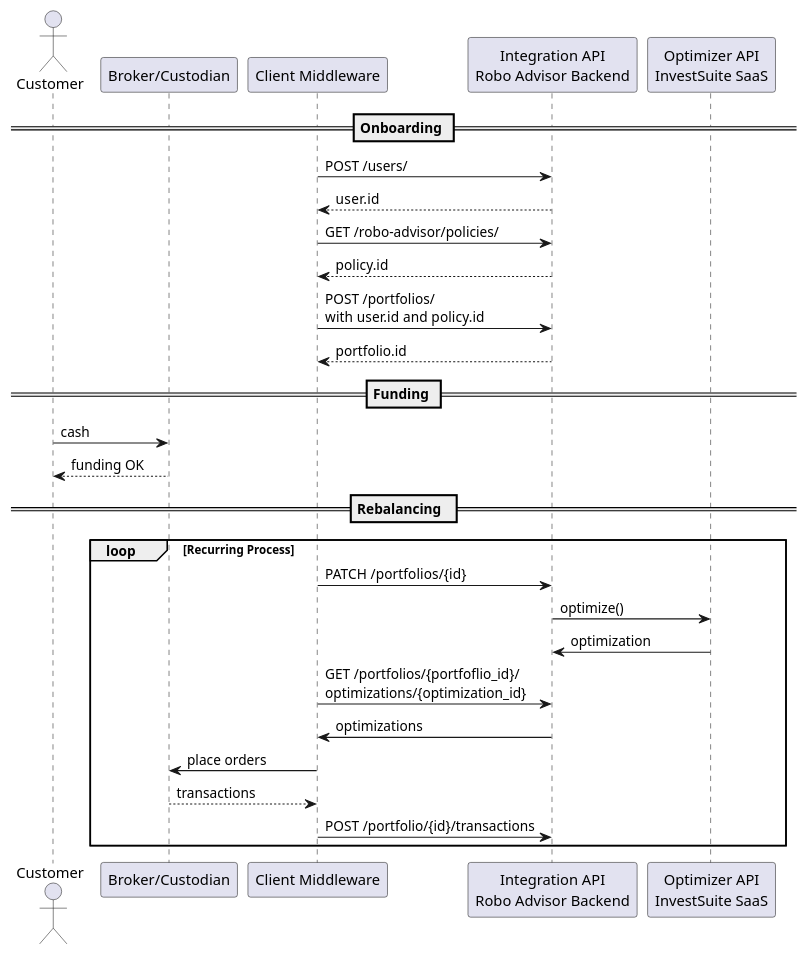
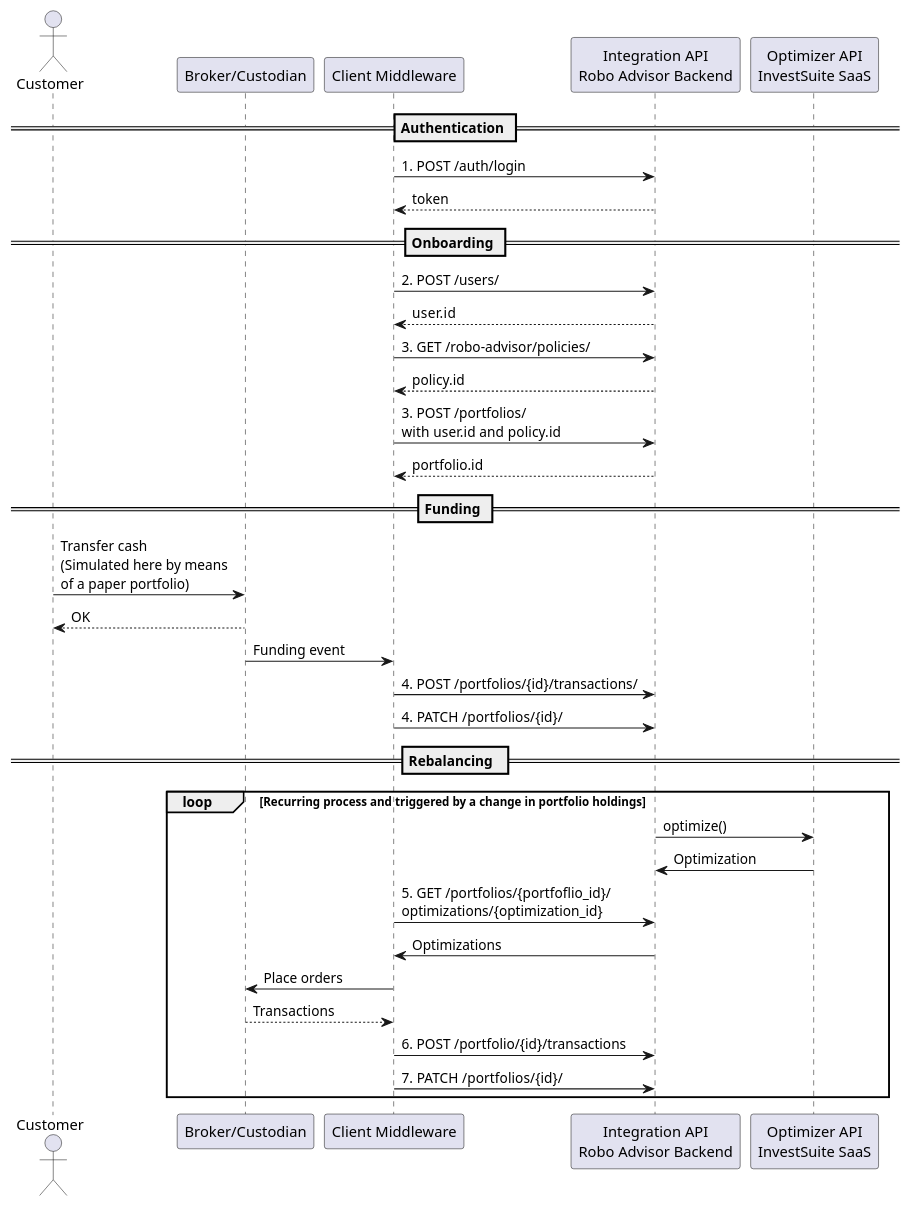
One commit to arcilli/investsuite-api-docs changed the diagram in docs/robo/quick_start.puml. Above: the diagram before and after it, drawn with PlantUML. The commit also changed 1 other file, not shown here.

```diff
--- a/docs/robo/quick_start.puml
+++ b/docs/robo/quick_start.puml
@@ -1,33 +1,39 @@
 actor "Customer" as _c
 participant "Broker/Custodian" as _b
 participant "Client Middleware" as _m
 participant "Integration API\nRobo Advisor Backend" as _a
 participant "Optimizer API\nInvestSuite SaaS" as _o
 
 
+== Authentication ==
+_m->_a:1. POST /auth/login
+_m<--_a:token
 
 == Onboarding ==
-_m->_a:POST /users/
+_m->_a:2. POST /users/
 _m<--_a:user.id
 
-_m->_a:GET /robo-advisor/policies/
+_m->_a:3. GET /robo-advisor/policies/
 _m<--_a: policy.id
 
-_m->_a:POST /portfolios/\nwith user.id and policy.id
+_m->_a:3. POST /portfolios/\nwith user.id and policy.id
 _m<--_a:portfolio.id
 
 == Funding ==
-_c->_b:cash
-_c<--_b:funding OK
+_c->_b:Transfer cash\n(Simulated here by means\nof a paper portfolio)
+_c<--_b:OK
+_b->_m:Funding event
+_m->_a:4. POST /portfolios/{id}/transactions/
+_m->_a:4. PATCH /portfolios/{id}/
 
 == Rebalancing  ==
-loop Recurring Process
-_m->_a:PATCH /portfolios/{id}
+loop Recurring process and triggered by a change in portfolio holdings
 _a->_o:optimize()
-_a<-_o:optimization
-_m->_a:GET /portfolios/{portfoflio_id}/\noptimizations/{optimization_id}
-_m<-_a:optimizations
-_m->_b:place orders
-_m<--_b:transactions
-_m->_a:POST /portfolio/{id}/transactions
+_a<-_o:Optimization
+_m->_a:5. GET /portfolios/{portfoflio_id}/\noptimizations/{optimization_id}
+_m<-_a:Optimizations
+_m->_b:Place orders
+_m<--_b:Transactions
+_m->_a:6. POST /portfolio/{id}/transactions
+_m->_a:7. PATCH /portfolios/{id}/
 end
```
